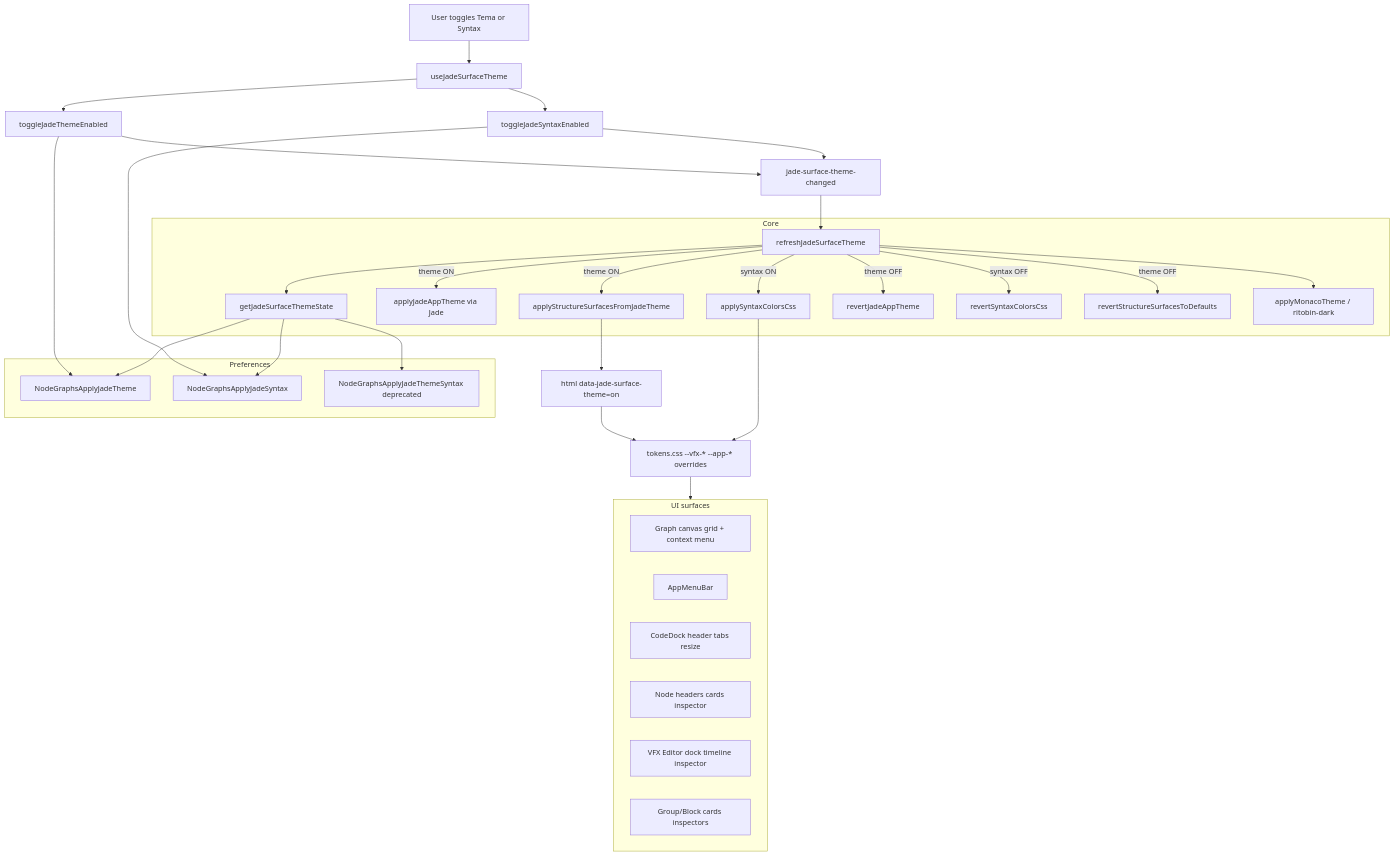
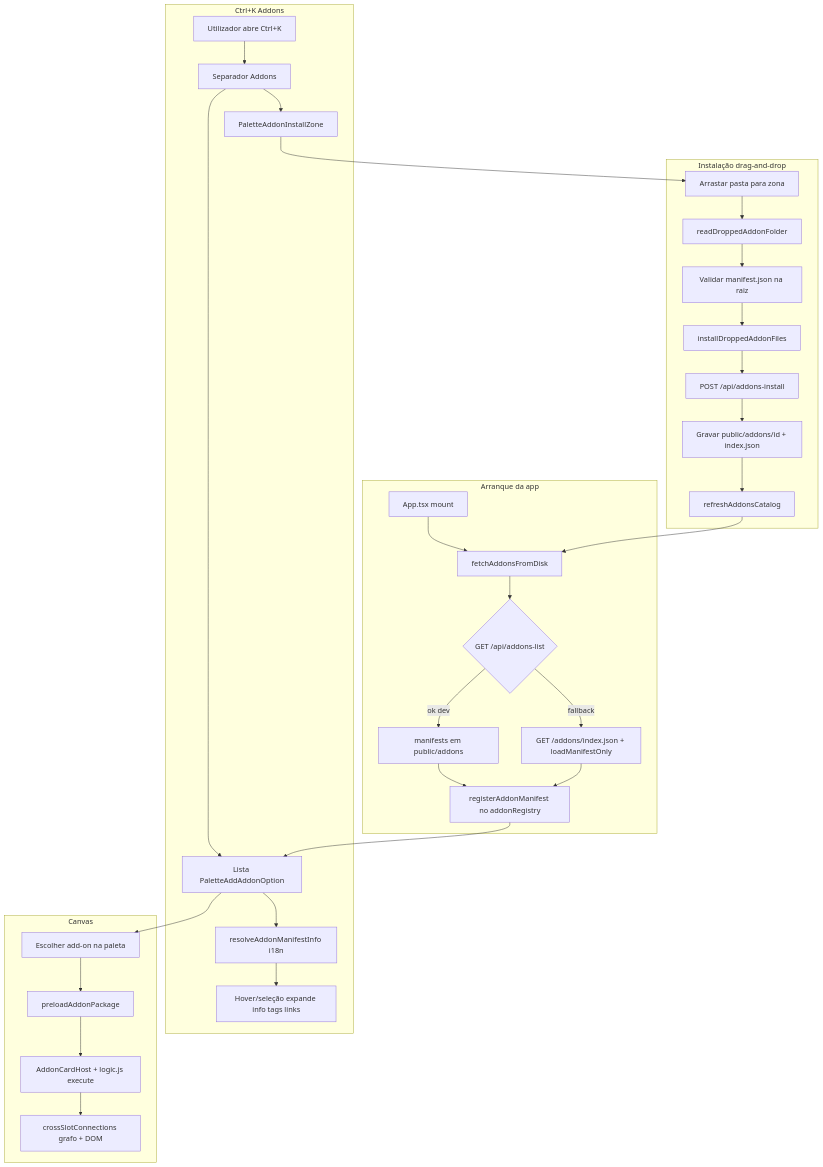
The first of 2 diagrams in README.md (JunioCesar96/Node-Graphs-League-of-Legends), drawn with Mermaid before and after one commit. The commit also changed other lines of this file and 1 other file, not shown here.

Commit message:
docs: alinhar README e feature doc com addon-palette-install (d037948)

````diff
--- a/README.md
+++ b/README.md
@@ -34,53 +37,39 @@
 ```mermaid
-flowchart TD
-  subgraph prefs [Preferences]
-    TPref[NodeGraphsApplyJadeTheme]
-    SPref[NodeGraphsApplyJadeSyntax]
-    Legacy[NodeGraphsApplyJadeThemeSyntax deprecated]
+graph TD
+  subgraph boot [Arranque da app]
+    A[App.tsx mount] --> B[fetchAddonsFromDisk]
+    B --> C{GET /api/addons-list}
+    C -->|ok dev| D[manifests em public/addons]
+    C -->|fallback| E[GET /addons/index.json + loadManifestOnly]
+    D --> F[registerAddonManifest no addonRegistry]
+    E --> F
   end
 
-  subgraph core [Core]
-    GetState[getJadeSurfaceThemeState]
-    Refresh[refreshJadeSurfaceTheme]
-    ApplyTheme[applyJadeAppTheme via Jade]
-    ApplySyntax[applySyntaxColorsCss]
-    ApplyChrome[applyStructureSurfacesFromJadeTheme]
-    RevertTheme[revertJadeAppTheme]
-    RevertSyntax[revertSyntaxColorsCss]
-    RevertChrome[revertStructureSurfacesToDefaults]
-    Monaco[applyMonacoTheme / ritobin-dark]
+  subgraph palette [Ctrl+K Addons]
+    G[Utilizador abre Ctrl+K] --> H[Separador Addons]
+    H --> I[PaletteAddonInstallZone]
+    H --> J[Lista PaletteAddAddonOption]
+    J --> K[resolveAddonManifestInfo i18n]
+    K --> L[Hover/seleção expande info tags links]
   end
 
-  subgraph ui [UI surfaces]
-    Canvas[Graph canvas grid + context menu]
-    MenuBar[AppMenuBar]
-    CodeDock[CodeDock header tabs resize]
-    NodeUI[Node headers cards inspector]
-    VFX[VFX Editor dock timeline inspector]
-    GroupBlock[Group/Block cards inspectors]
+  subgraph install [Instalação drag-and-drop]
+    M[Arrastar pasta para zona] --> N[readDroppedAddonFolder]
+    N --> O[Validar manifest.json na raiz]
+    O --> P[installDroppedAddonFiles]
+    P --> Q[POST /api/addons-install]
+    Q --> R[Gravar public/addons/id + index.json]
+    R --> S[refreshAddonsCatalog]
   end
 
-  User[User toggles Tema or Syntax] --> Hook[useJadeSurfaceTheme]
-  Hook --> ToggleT[toggleJadeThemeEnabled]
-  Hook --> ToggleS[toggleJadeSyntaxEnabled]
-  ToggleT --> TPref
-  ToggleS --> SPref
-  ToggleT --> Event[jade-surface-theme-changed]
-  ToggleS --> Event
-  Event --> Refresh
-  GetState --> Legacy
-  GetState --> TPref
-  GetState --> SPref
-  Refresh --> GetState
-  Refresh -->|theme ON| ApplyTheme
-  Refresh -->|theme ON| ApplyChrome
-  Refresh -->|theme OFF| RevertTheme
-  Refresh -->|theme OFF| RevertChrome
-  Refresh -->|syntax ON| ApplySyntax
-  Refresh -->|syntax OFF| RevertSyntax
-  Refresh --> Monaco
-  ApplyChrome --> htmlAttr[html data-jade-surface-theme=on]
-  htmlAttr --> tokens[tokens.css --vfx-* --app-* overrides]
-  tokens --> ui
-  ApplySyntax --> tokens
+  subgraph canvas [Canvas]
+    T[Escolher add-on na paleta] --> U[preloadAddonPackage]
+    U --> V[AddonCardHost + logic.js execute]
+    V --> W[crossSlotConnections grafo + DOM]
+  end
+
+  I --> M
+  J --> T
+  F --> J
+  S --> B
 ```
````
